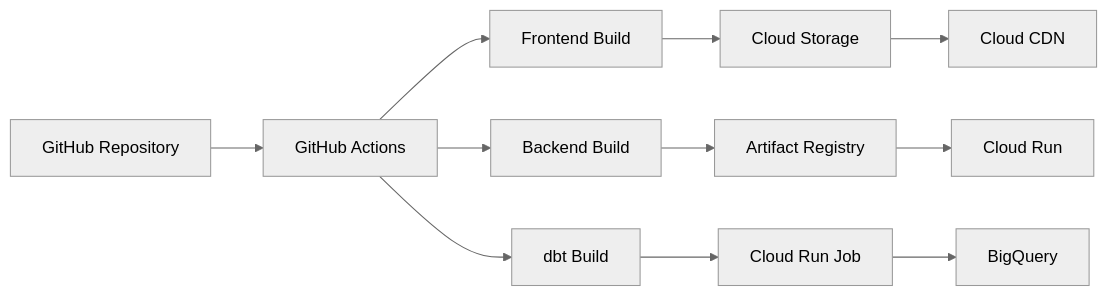
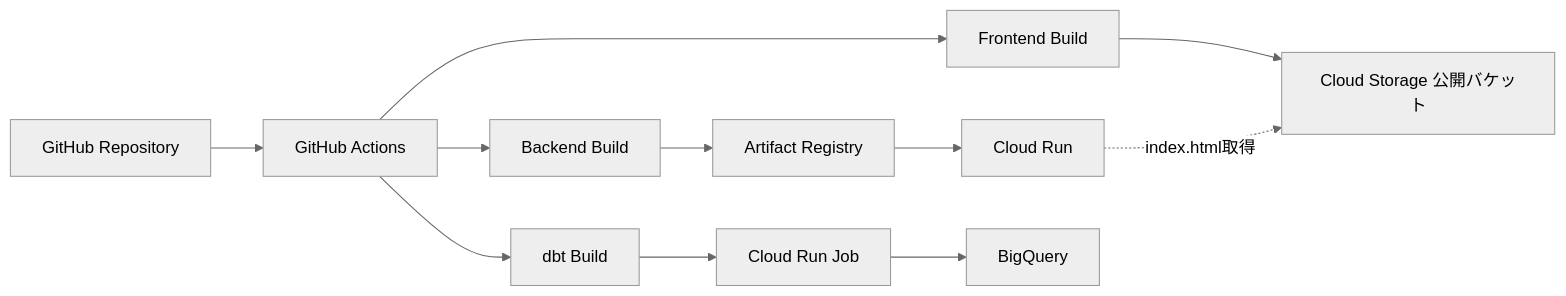
One commit to utky/preschool-agent changed the diagram in docs/design/09_ci_cd.md. Above: the diagram before and after it, drawn with Mermaid (neutral theme). The commit also changed other lines of this file and 5 other files, not shown here.

````diff
--- a/docs/design/09_ci_cd.md
+++ b/docs/design/09_ci_cd.md
@@ -7,13 +7,13 @@
 ```mermaid
 graph LR
     A[GitHub Repository] --> B[GitHub Actions]
     B --> C[Frontend Build]
     B --> D[Backend Build]
     B --> E[dbt Build]
-    C --> F[Cloud Storage]
+    C --> F[Cloud Storage 公開バケット]
     D --> G[Artifact Registry]
     E --> H[Cloud Run Job]
-    F --> I[Cloud CDN]
     G --> J[Cloud Run]
+    J -. "index.html取得" .-> F
     H --> K[BigQuery]
 ```
````
